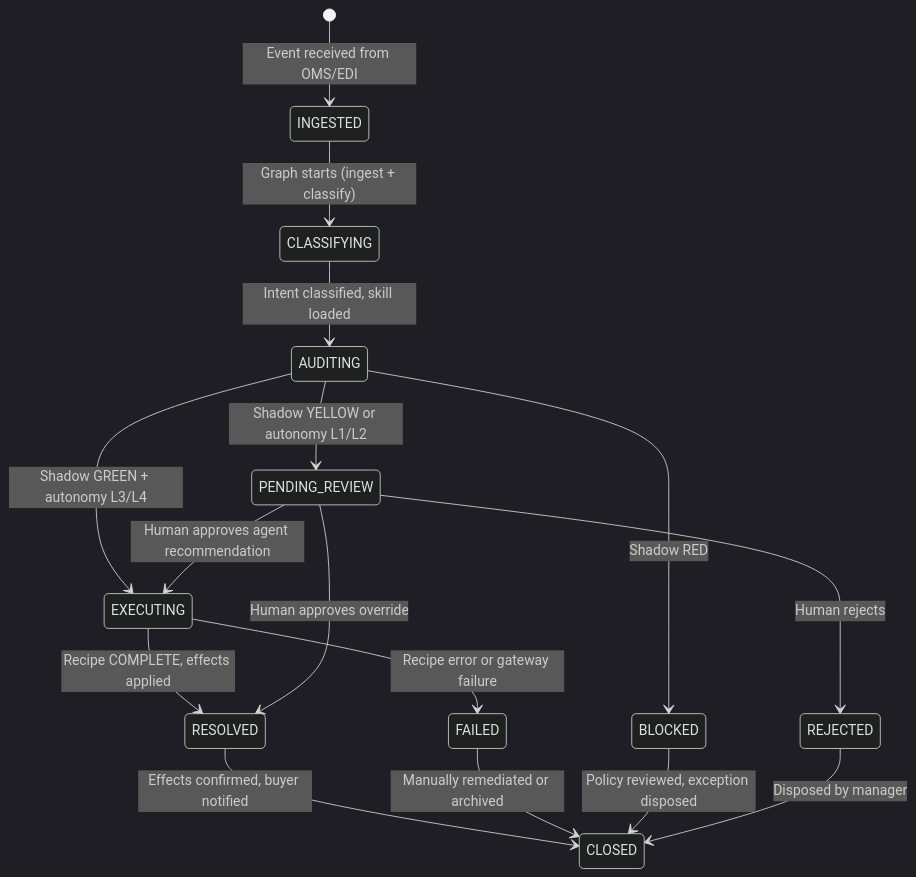
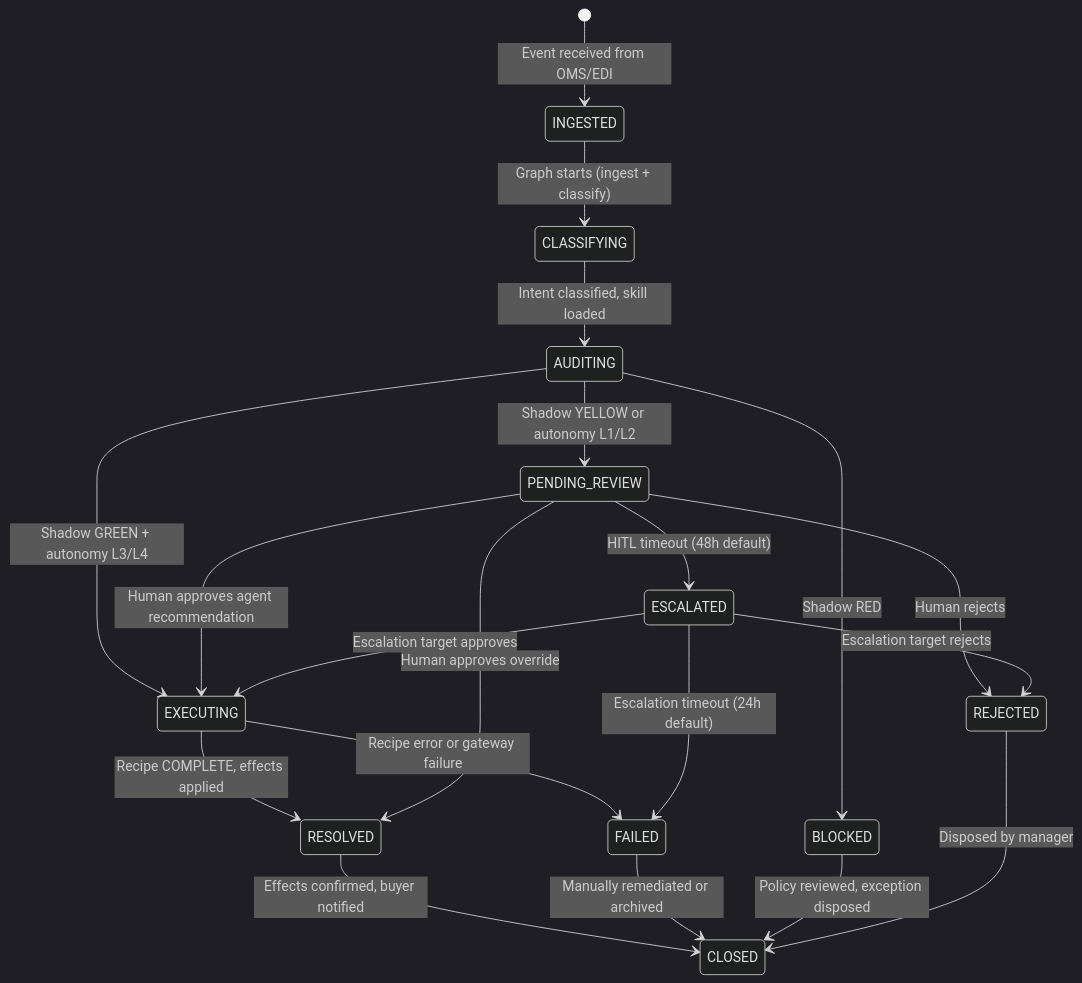
One commit to kumarabhijit/asoe-ui changed the fourth of 5 diagrams in consol_arch.md. Above: the diagram before and after it, drawn with Mermaid (dark theme). The commit also changed other lines of this file, not shown here.

First line of the commit message:
Address architectural review feedback across 6 expert domains

````diff
--- a/consol_arch.md
+++ b/consol_arch.md
@@ -607,18 +663,22 @@
 ```mermaid
 stateDiagram-v2
     [*] --> INGESTED: Event received from OMS/EDI
     INGESTED --> CLASSIFYING: Graph starts (ingest + classify)
     CLASSIFYING --> AUDITING: Intent classified, skill loaded
     AUDITING --> PENDING_REVIEW: Shadow YELLOW or autonomy L1/L2
     AUDITING --> BLOCKED: Shadow RED
     AUDITING --> EXECUTING: Shadow GREEN + autonomy L3/L4
     EXECUTING --> RESOLVED: Recipe COMPLETE, effects applied
     EXECUTING --> FAILED: Recipe error or gateway failure
     PENDING_REVIEW --> RESOLVED: Human approves override
     PENDING_REVIEW --> REJECTED: Human rejects
     PENDING_REVIEW --> EXECUTING: Human approves agent recommendation
+    PENDING_REVIEW --> ESCALATED: HITL timeout (48h default)
+    ESCALATED --> EXECUTING: Escalation target approves
+    ESCALATED --> REJECTED: Escalation target rejects
+    ESCALATED --> FAILED: Escalation timeout (24h default)
     RESOLVED --> CLOSED: Effects confirmed, buyer notified
     FAILED --> CLOSED: Manually remediated or archived
     BLOCKED --> CLOSED: Policy reviewed, exception disposed
     REJECTED --> CLOSED: Disposed by manager
 ```
````
